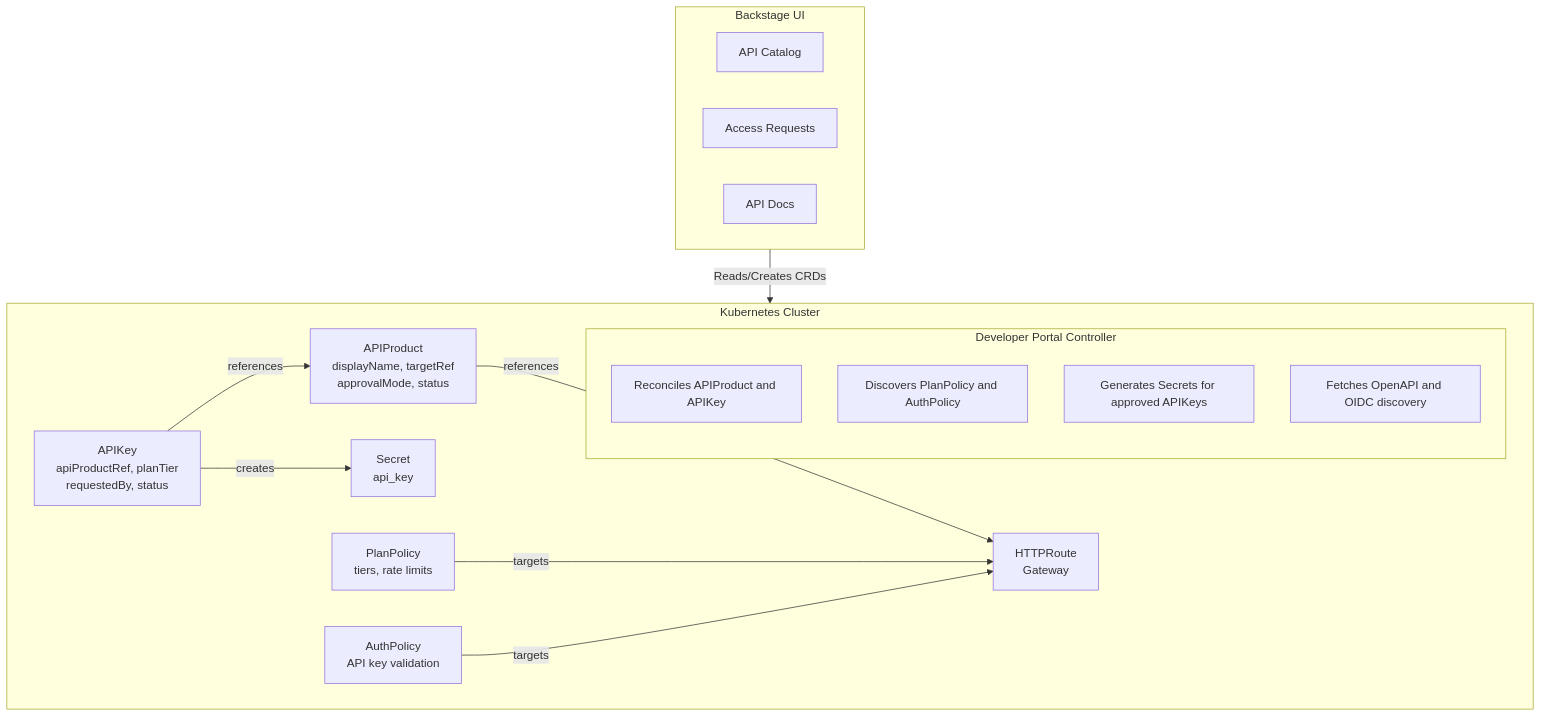
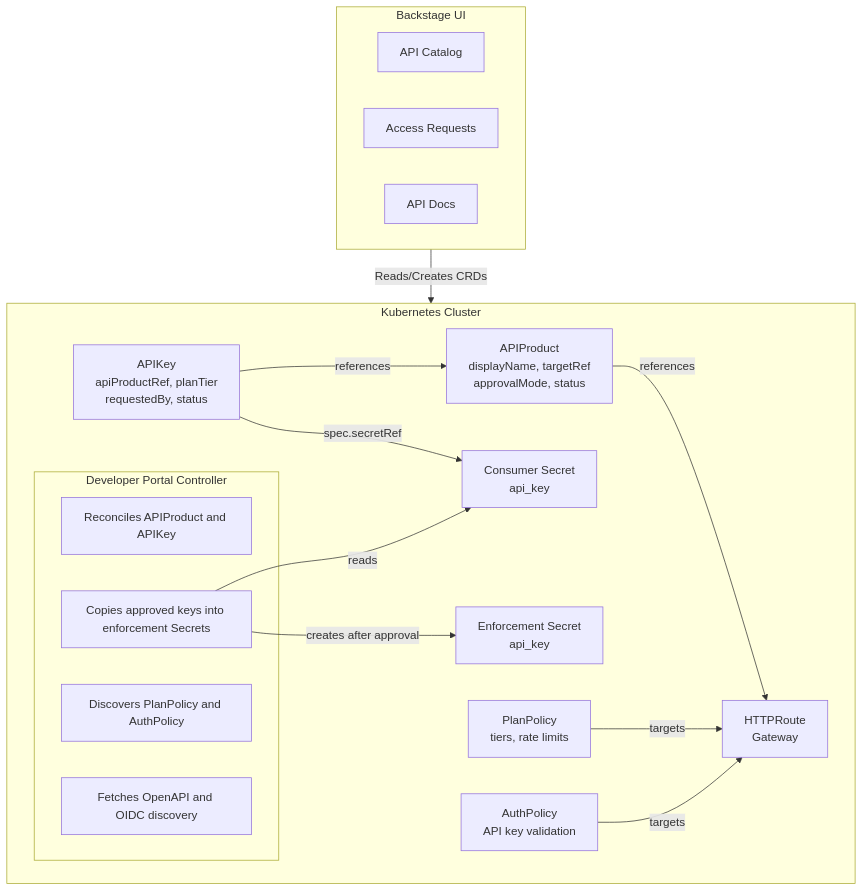
Before and after one commit to Kuadrant/kuadrant-backstage-plugin: the diagram in docs/overview.md, drawn with Mermaid. The commit also changed other lines of this file and 5 other files, not shown here.

Commit message:
docs: correct API key approval and Secret lifecycle

````diff
--- a/docs/overview.md
+++ b/docs/overview.md
@@ -135,31 +139,34 @@
 ```mermaid
 flowchart TB
     subgraph Backstage["Backstage UI"]
         Catalog["API Catalog"]
         Requests["Access Requests"]
         Docs["API Docs"]
     end
 
     subgraph K8s["Kubernetes Cluster"]
         subgraph Controller["Developer Portal Controller"]
             Reconcile["Reconciles APIProduct and APIKey"]
             Discover["Discovers PlanPolicy and AuthPolicy"]
-            Generate["Generates Secrets for approved APIKeys"]
+            Generate["Copies approved keys into enforcement Secrets"]
             Fetch["Fetches OpenAPI and OIDC discovery"]
         end
 
         APIProduct["APIProduct<br/>displayName, targetRef<br/>approvalMode, status"]
         APIKey["APIKey<br/>apiProductRef, planTier<br/>requestedBy, status"]
-        Secret["Secret<br/>api_key"]
+        ConsumerSecret["Consumer Secret<br/>api_key"]
+        Secret["Enforcement Secret<br/>api_key"]
         HTTPRoute["HTTPRoute<br/>Gateway"]
         PlanPolicy["PlanPolicy<br/>tiers, rate limits"]
         AuthPolicy["AuthPolicy<br/>API key validation"]
     end
 
     Backstage -->|"Reads/Creates CRDs"| K8s
     APIKey -->|"references"| APIProduct
-    APIKey -->|"creates"| Secret
+    APIKey -->|"spec.secretRef"| ConsumerSecret
+    Generate -->|"reads"| ConsumerSecret
+    Generate -->|"creates after approval"| Secret
     APIProduct -->|"references"| HTTPRoute
     PlanPolicy -->|"targets"| HTTPRoute
     AuthPolicy -->|"targets"| HTTPRoute
 ```
````
